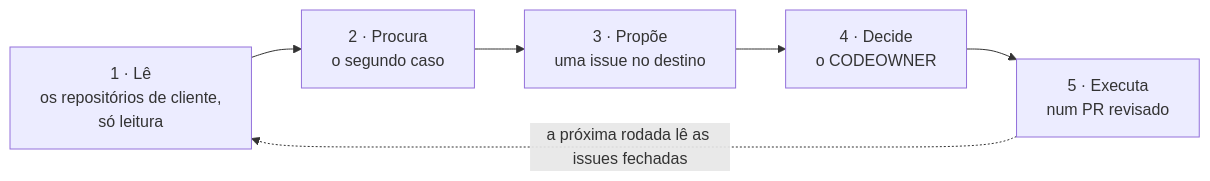
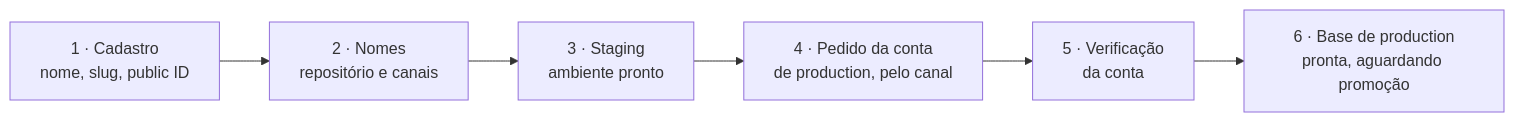
One commit to barte-ai-services/.github changed the diagram in docs-site/content/docs/how-we-work/development-cycle.mdx. Above: the diagram before and after it, drawn with Mermaid. The commit also changed other lines of this file and 16 other files, not shown here.

````diff
--- a/docs-site/content/docs/how-we-work/development-cycle.mdx
+++ b/docs-site/content/docs/how-we-work/development-cycle.mdx
@@ -368,6 +12,8 @@
 ```mermaid
 flowchart LR
-  A["1 · Lê<br/>os repositórios de cliente,<br/>só leitura"] --> B["2 · Procura<br/>o segundo caso"] --> C["3 · Propõe<br/>uma issue no destino"]
-  C --> D["4 · Decide<br/>o CODEOWNER"] --> E["5 · Executa<br/>num PR revisado"]
-  E -. "a próxima rodada lê as issues fechadas" .-> A
+  A["1 · Cadastro<br/>nome, slug, public ID"] --> B["2 · Nomes<br/>repositório e canais"]
+  B --> C["3 · Staging<br/>ambiente pronto"]
+  C --> D["4 · Pedido da conta<br/>de production, pelo canal"]
+  D --> E["5 · Verificação<br/>da conta"]
+  E --> F["6 · Base de production<br/>pronta, aguardando promoção"]
 ```
````
